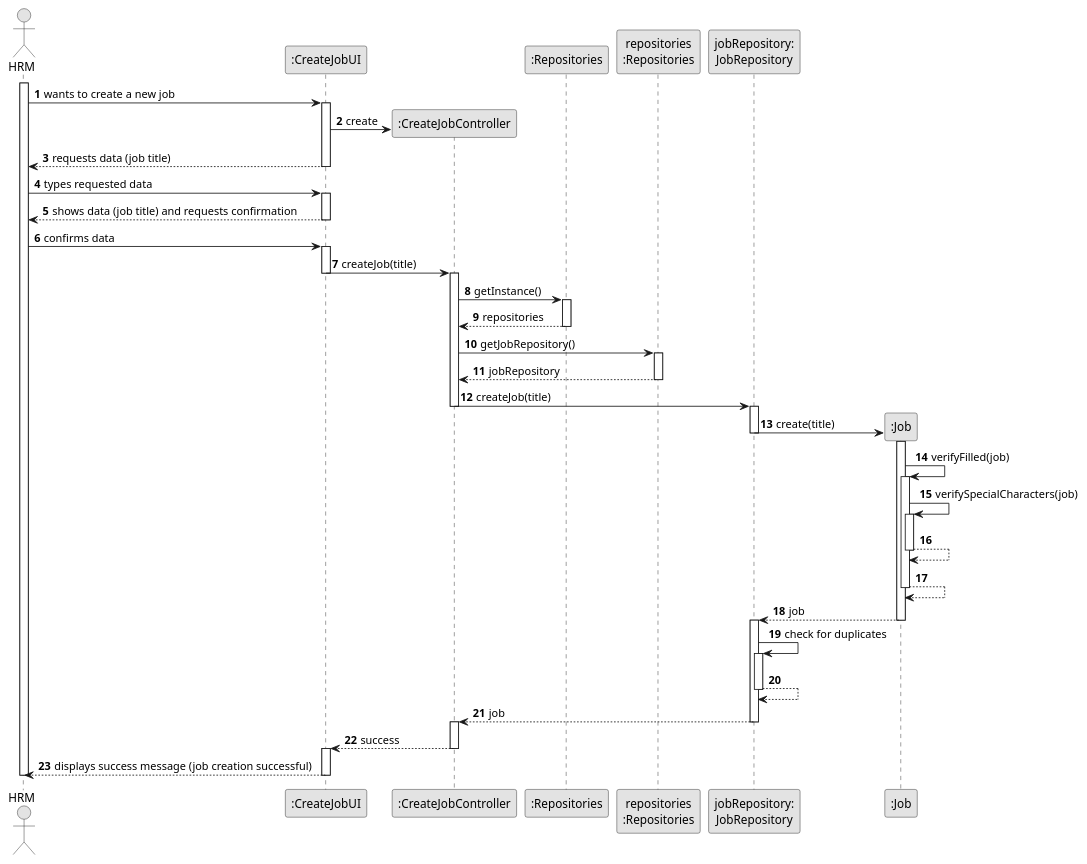
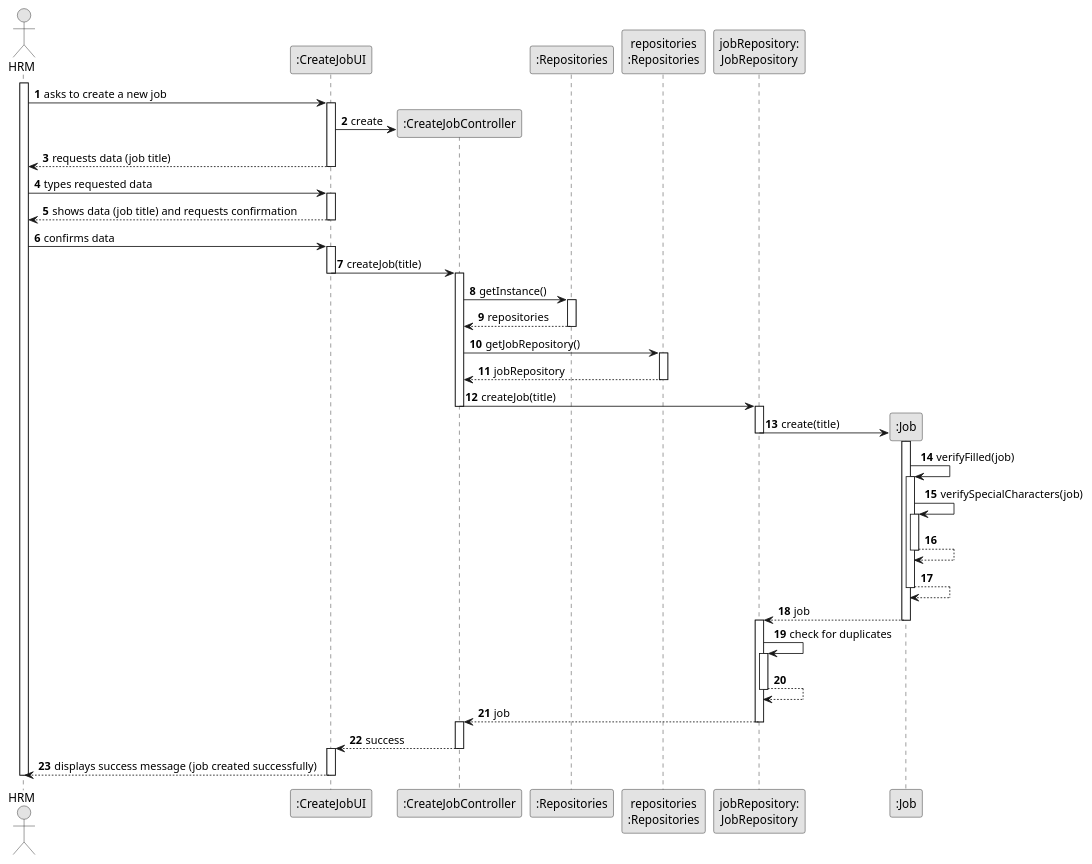
The diagram in docs/sprintB/us002/03.design/puml/us002-sequence-diagram-full.puml (ricardomm7/leaflink), drawn with PlantUML before and after one commit. The commit also changed 20 other files, not shown here.

```diff
--- a/docs/sprintB/us002/03.design/puml/us002-sequence-diagram-full.puml
+++ b/docs/sprintB/us002/03.design/puml/us002-sequence-diagram-full.puml
@@ -1,89 +1,89 @@
 @startuml
 skinparam monochrome true
 skinparam packageStyle rectangle
 skinparam shadowing false
 
 autonumber
 
 'hide footbox
 actor "HRM" as Employee
 participant ":CreateJobUI" as UI
 participant ":CreateJobController" as CTRL
 participant ":Repositories" as GlobRepo
 participant "repositories\n:Repositories" as PLAT
 participant "jobRepository:\nJobRepository" as jobRepository
 participant ":Job" as Job
 
 activate Employee
 
-Employee -> UI : wants to create a new job
+Employee -> UI : asks to create a new job
 activate UI
 
 UI -> CTRL** : create
 
 UI --> Employee : requests data (job title)
 deactivate UI
 
 Employee -> UI : types requested data
 activate UI
 
 UI --> Employee : shows data (job title) and requests confirmation
 deactivate UI
 
 Employee -> UI : confirms data
 activate UI
 
 UI -> CTRL : createJob(title)
 deactivate UI
 activate CTRL
 CTRL -> GlobRepo : getInstance()
 activate GlobRepo
 GlobRepo --> CTRL : repositories
 deactivate GlobRepo
 
 CTRL -> PLAT : getJobRepository()
 activate PLAT
 PLAT -->  CTRL: jobRepository
 deactivate PLAT
 
 CTRL -> jobRepository : createJob(title)
 deactivate CTRL
 activate jobRepository
 
     jobRepository -> Job** : create(title)
     deactivate jobRepository
 
         activate Job
 
     Job -> Job : verifyFilled(job)
         activate Job
         Job -> Job : verifySpecialCharacters(job)
         activate Job
         Job --> Job
         deactivate Job
     Job --> Job
     deactivate Job
     'Job -> Job : addJob(job)
     Job --> jobRepository : job
     deactivate Job
     activate jobRepository
 
     jobRepository -> jobRepository : check for duplicates
     activate jobRepository
     jobRepository --> jobRepository
     deactivate jobRepository
     deactivate Job
 jobRepository --> CTRL : job
 deactivate jobRepository
 activate CTRL
 deactivate jobRepository
 
 CTRL --> UI : success
 deactivate CTRL
 activate UI
-UI --> Employee : displays success message (job creation successful)
+UI --> Employee : displays success message (job created successfully)
 
 deactivate UI
 deactivate Employee
 
 @enduml
```
